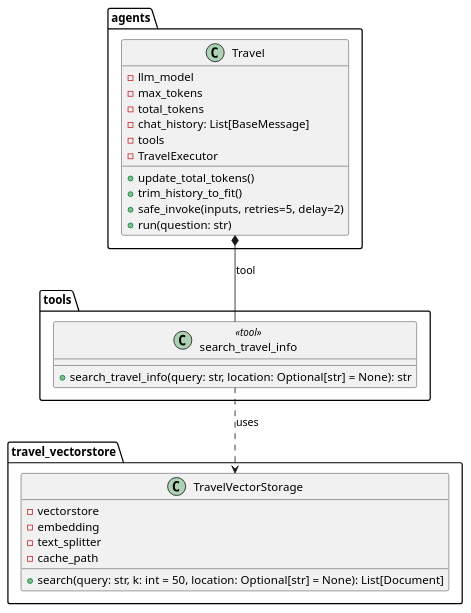
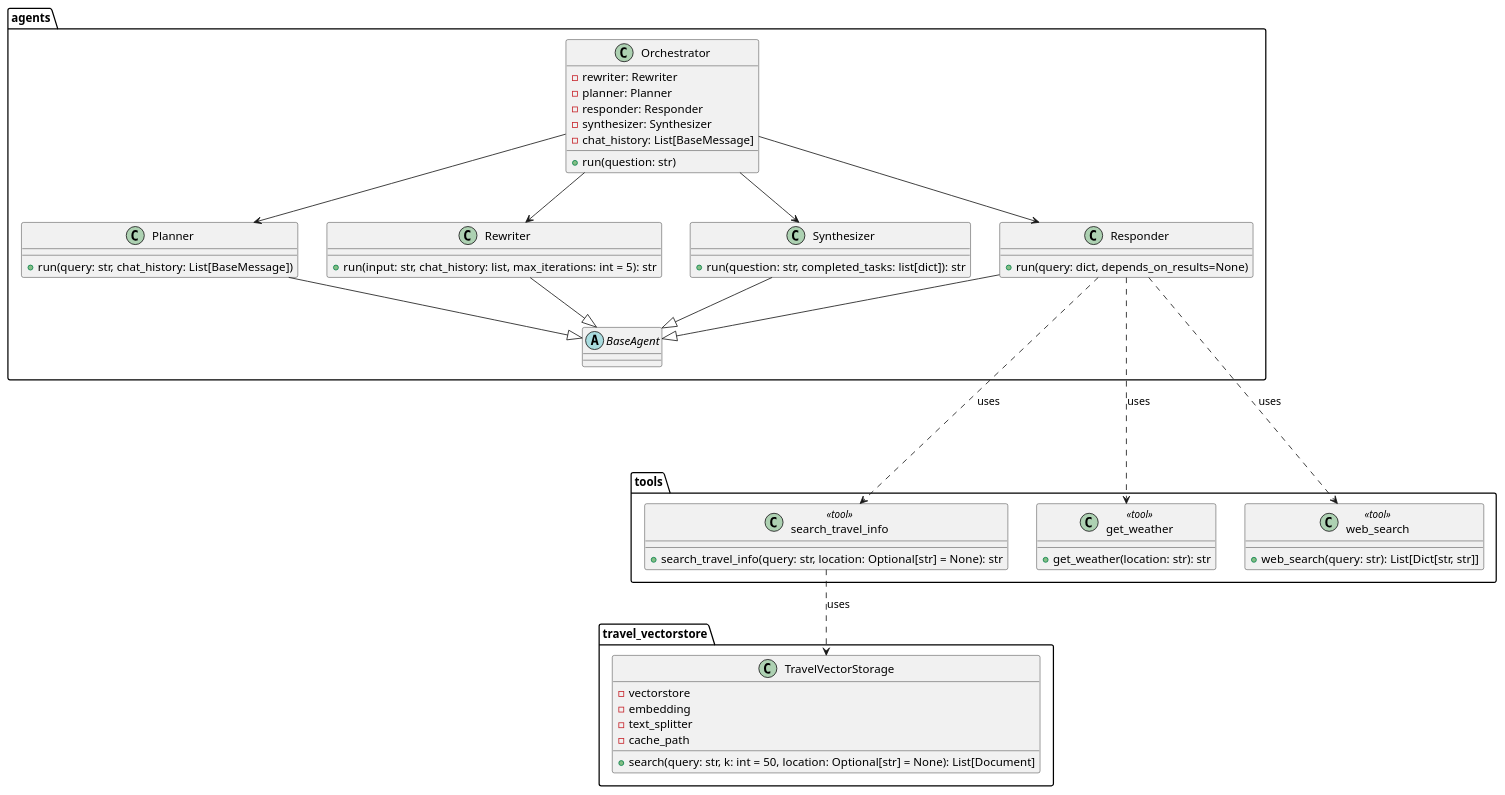
One commit to dmquan1105/travel_chatbot changed the diagram in class_diagram.plantuml. Above: the diagram before and after it, drawn with PlantUML.

Commit message:
Update plantuml

```diff
--- a/class_diagram.plantuml
+++ b/class_diagram.plantuml
@@ -1,54 +1,82 @@
-@startuml Travel bot
+@startuml TravelBot
 
 ' ===============================
-' Travel Vectorstore package
+' travel_vectorstore package
 ' ===============================
 package "travel_vectorstore" {
     class TravelVectorStorage {
         - vectorstore
         - embedding
         - text_splitter
         - cache_path
         + search(query: str, k: int = 50, location: Optional[str] = None): List[Document]
     }
 }
 
 ' ===============================
-' Tools package
+' tools package
 ' ===============================
 package "tools" {
     class search_travel_info <<tool>> {
         + search_travel_info(query: str, location: Optional[str] = None): str
+    }
+    class get_weather <<tool>> {
+        + get_weather(location: str): str
+    }
+    class web_search <<tool>> {
+        + web_search(query: str): List[Dict[str, str]]
     }
 }
 
 ' ===============================
 ' agents package
 ' ===============================
 package "agents" {
-    class Travel {
-        - llm_model
-        - max_tokens
-        - total_tokens
+    abstract class BaseAgent
+    class Orchestrator {
+        - rewriter: Rewriter
+        - planner: Planner
+        - responder: Responder
+        - synthesizer: Synthesizer
         - chat_history: List[BaseMessage]
-        - tools
-        - TravelExecutor
-        + update_total_tokens()
-        + trim_history_to_fit()
-        + safe_invoke(inputs, retries=5, delay=2)
         + run(question: str)
     }
-
+    class Planner {
+        + run(query: str, chat_history: List[BaseMessage])
+    }
+    class Rewriter {
+        + run(input: str, chat_history: list, max_iterations: int = 5): str
+    }
+    class Responder {
+        + run(query: dict, depends_on_results=None)
+    }
+    class Synthesizer {
+        + run(question: str, completed_tasks: list[dict]): str
+    }
 }
 
 ' ===============================
 ' Relationships
 ' ===============================
 
-' Composition: Travel includes tools
-Travel *-- search_travel_info : tool
+'Orchestrator sử dụng các agent thành phần
+Orchestrator --> Responder
+Orchestrator --> Planner
+Orchestrator --> Rewriter
+Orchestrator --> Synthesizer
 
-' Dependency: search_travel_info uses TravelVectorStorage
+'Responder sử dụng các tool
+Responder ..down..> search_travel_info : uses
+Responder ..down..> get_weather : uses
+Responder ..down..> web_search : uses
+
+'search_travel_info sử dụng TravelVectorStorage
 search_travel_info ..> TravelVectorStorage : uses
 
+' Các agent kế thừa BaseAgent
+Planner --|> BaseAgent
+Responder --|> BaseAgent
+Rewriter --|> BaseAgent
+Synthesizer --|> BaseAgent
+
 @enduml
```
